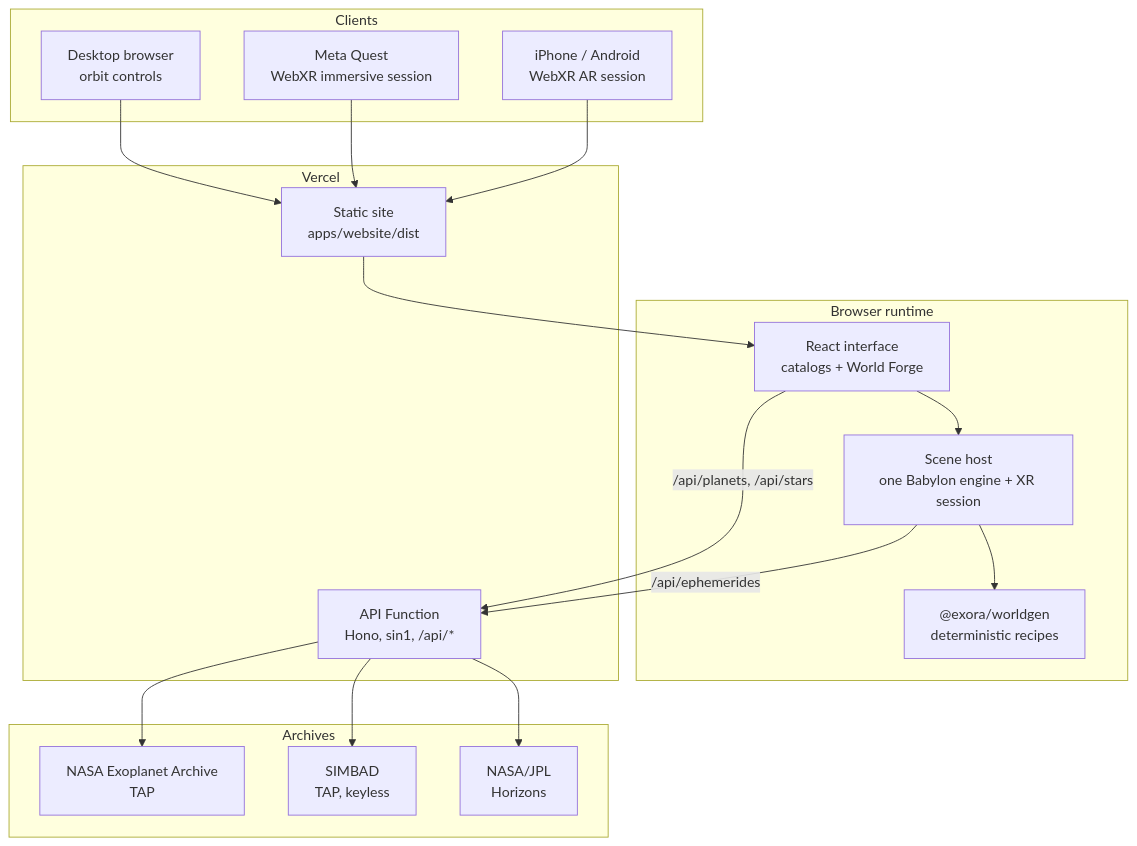
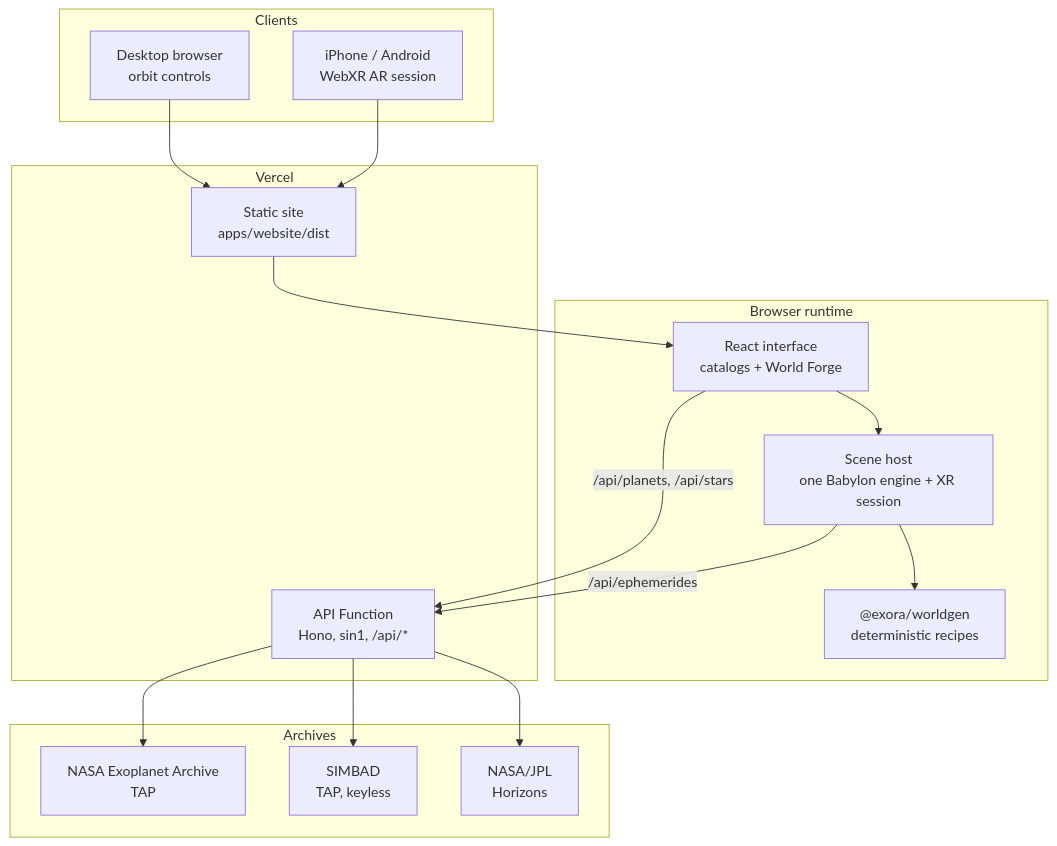
Before and after one commit to voltcrash/exora: the diagram in README.md, drawn with Mermaid. The commit also changed other lines of this file and 3 other files, not shown here.

````diff
--- a/README.md
+++ b/README.md
@@ -174,39 +174,37 @@
 ```mermaid
 flowchart TB
     subgraph Clients
         Desktop["Desktop browser<br/>orbit controls"]
-        Headset["Meta Quest<br/>WebXR immersive session"]
         Phone["iPhone / Android<br/>WebXR AR session"]
     end
 
     subgraph Browser["Browser runtime"]
         UI["React interface<br/>catalogs + World Forge"]
         Host["Scene host<br/>one Babylon engine + XR session"]
         Worldgen["@exora/worldgen<br/>deterministic recipes"]
     end
 
     subgraph Vercel["Vercel"]
         Static["Static site<br/>apps/website/dist"]
         Fn["API Function<br/>Hono, sin1, /api/*"]
     end
 
     subgraph Archives["Archives"]
         NASA["NASA Exoplanet Archive<br/>TAP"]
         SIMBAD["SIMBAD<br/>TAP, keyless"]
         JPL["NASA/JPL<br/>Horizons"]
     end
 
     Desktop --> Static
-    Headset --> Static
     Phone --> Static
     Static --> UI
     UI --> Host
     Host --> Worldgen
 
     UI -->|/api/planets, /api/stars| Fn
     Host -->|/api/ephemerides| Fn
 
     Fn --> NASA
     Fn --> SIMBAD
     Fn --> JPL
 ```
````
